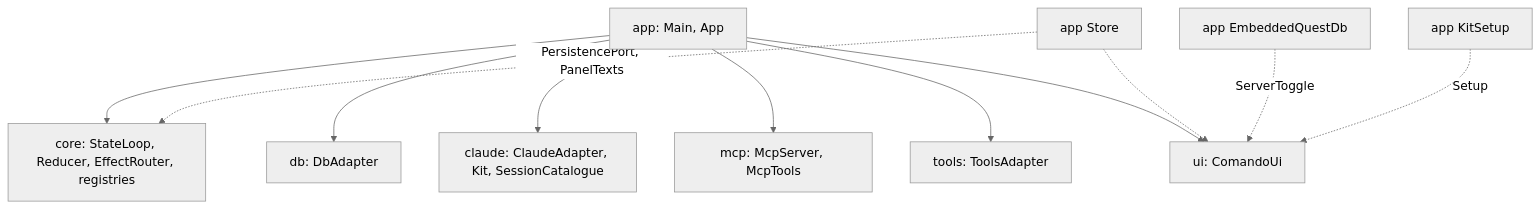
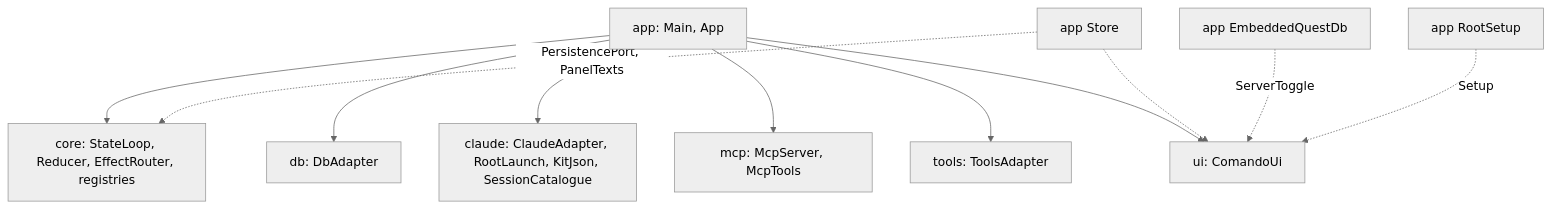
The diagram in app/README.md (marregui/comando), drawn with Mermaid (neutral theme) before and after one commit. The commit also changed other lines of this file and 95 other files, not shown here.

Commit message:
Sessions run on the kit root: kit.json, CLAUDE_CONFIG_DIR and brain memory, kit folders in Files tab, kit upgrade and brain backup, release packages for macOS, Linux and Windows; old bundled kit removed (ADR 0080)

````diff
--- a/app/README.md
+++ b/app/README.md
@@ -50,13 +50,13 @@
 ```mermaid
 flowchart TB
   APP["app: Main, App"] --> CORE["core: StateLoop, Reducer, EffectRouter, registries"]
   APP --> DB["db: DbAdapter"]
-  APP --> CL["claude: ClaudeAdapter, Kit, SessionCatalogue"]
+  APP --> CL["claude: ClaudeAdapter, RootLaunch, KitJson, SessionCatalogue"]
   APP --> MCP["mcp: McpServer, McpTools"]
   APP --> TO["tools: ToolsAdapter"]
   APP --> UI["ui: ComandoUi"]
   ST["app Store"] -.->|"PersistencePort, PanelTexts"| CORE
   ST -.-> UI
   Q["app EmbeddedQuestDb"] -.->|"ServerToggle"| UI
-  K["app KitSetup"] -.->|"Setup"| UI
+  K["app RootSetup"] -.->|"Setup"| UI
 ```
````
